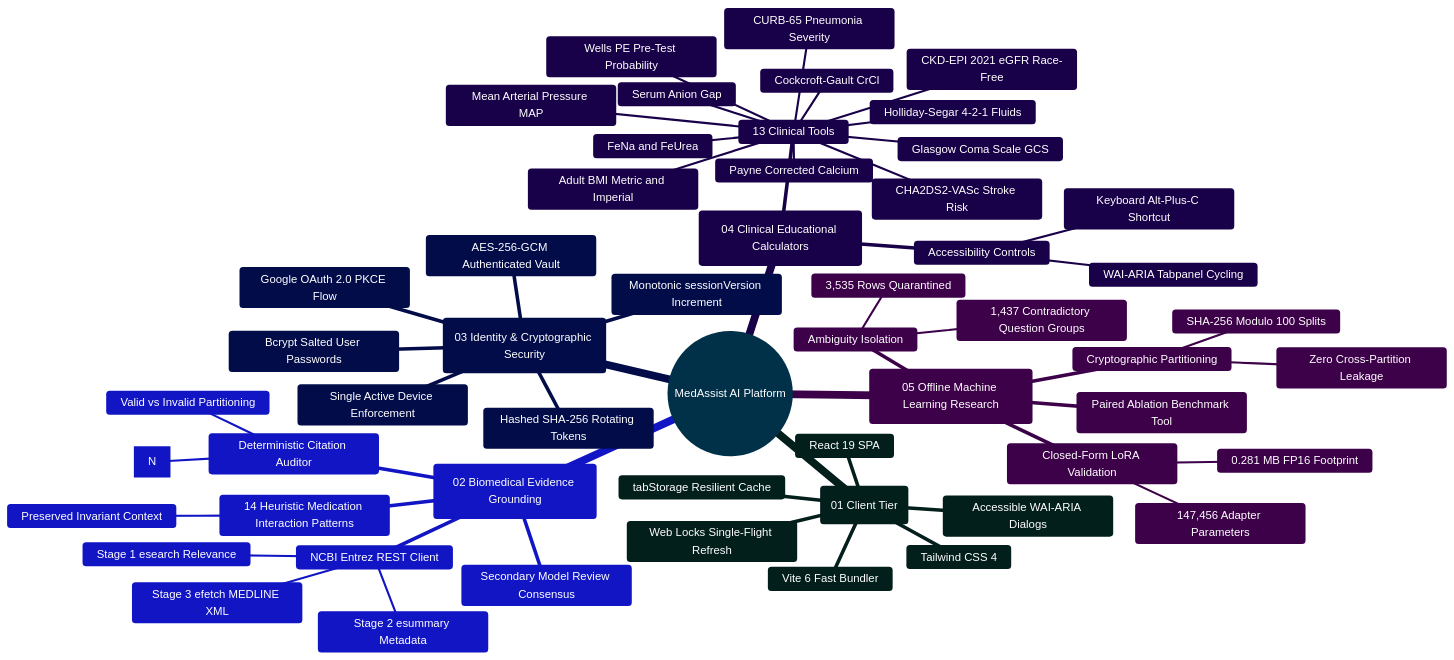
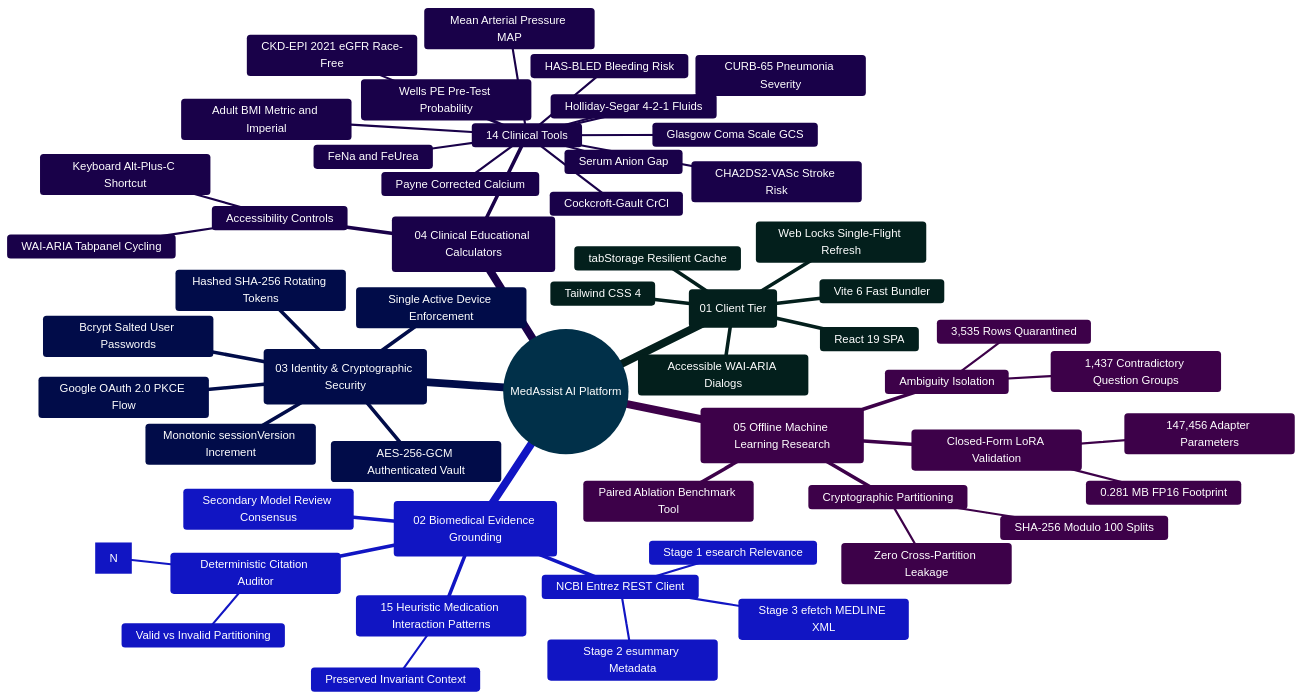
One commit to Ganesh172919/React-App-LLM changed the first of 2 diagrams in README.md. Above: the diagram before and after it, drawn with Mermaid. The commit also changed other lines of this file and 7 other files, not shown here.

Commit message:
docs: enrich developer extensibility guide, architecture blueprints, and LoRA custom datasets

````diff
--- a/README.md
+++ b/README.md
@@ -91,59 +91,60 @@
 ```mermaid
 %%{init: {'theme': 'base', 'themeVariables': { 'primaryColor': '#0284c7', 'primaryTextColor': '#ffffff', 'primaryBorderColor': '#0369a1', 'lineColor': '#0284c7', 'secondaryColor': '#0d9488', 'tertiaryColor': '#6366f1' }}}%%
 mindmap
   root((MedAssist AI Platform))
     ::icon(fa fa-heartbeat)
     (01 Client Tier)
       React 19 SPA
       Vite 6 Fast Bundler
       Tailwind CSS 4
       Web Locks Single-Flight Refresh
       tabStorage Resilient Cache
       Accessible WAI-ARIA Dialogs
     (02 Biomedical Evidence Grounding)
       NCBI Entrez REST Client
         Stage 1 esearch Relevance
         Stage 2 esummary Metadata
         Stage 3 efetch MEDLINE XML
       Deterministic Citation Auditor
         Bracket Regex Extraction [N]
         Valid vs Invalid Partitioning
-      14 Heuristic Medication Interaction Patterns
+      15 Heuristic Medication Interaction Patterns
         Preserved Invariant Context
       Secondary Model Review Consensus
     (03 Identity & Cryptographic Security)
       Bcrypt Salted User Passwords
       Monotonic sessionVersion Increment
       Single Active Device Enforcement
       Hashed SHA-256 Rotating Tokens
       AES-256-GCM Authenticated Vault
       Google OAuth 2.0 PKCE Flow
     (04 Clinical Educational Calculators)
-      13 Clinical Tools
+      14 Clinical Tools
         Adult BMI Metric and Imperial
         CKD-EPI 2021 eGFR Race-Free
         CHA2DS2-VASc Stroke Risk
         Mean Arterial Pressure MAP
         Cockcroft-Gault CrCl
         Payne Corrected Calcium
         Serum Anion Gap
         FeNa and FeUrea
         Holliday-Segar 4-2-1 Fluids
         Wells PE Pre-Test Probability
         CURB-65 Pneumonia Severity
         Glasgow Coma Scale GCS
+        HAS-BLED Bleeding Risk
       Accessibility Controls
         WAI-ARIA Tabpanel Cycling
         Keyboard Alt-Plus-C Shortcut
     (05 Offline Machine Learning Research)
       Ambiguity Isolation
         1,437 Contradictory Question Groups
         3,535 Rows Quarantined
       Cryptographic Partitioning
         SHA-256 Modulo 100 Splits
         Zero Cross-Partition Leakage
       Closed-Form LoRA Validation
         147,456 Adapter Parameters
         0.281 MB FP16 Footprint
       Paired Ablation Benchmark Tool
 ```
````
